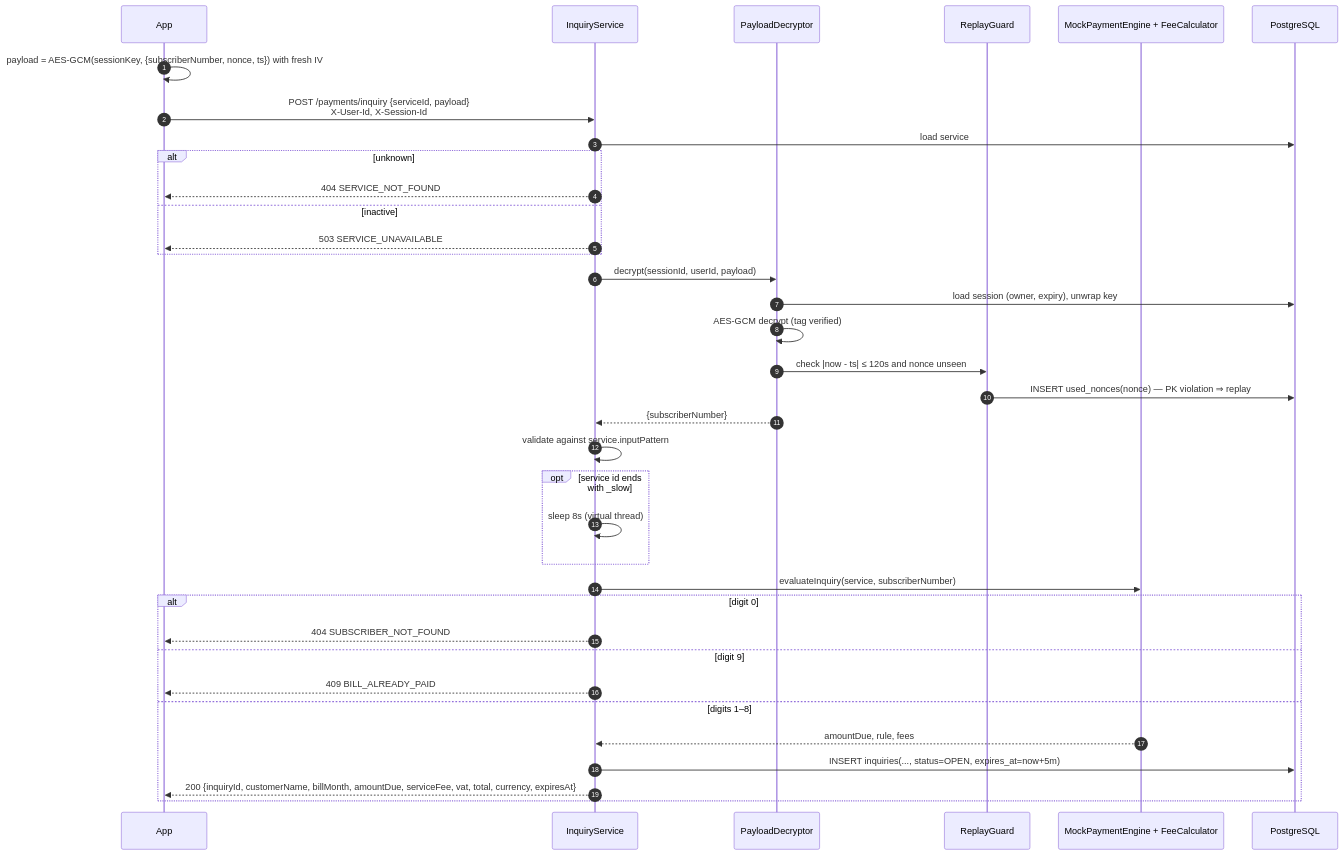
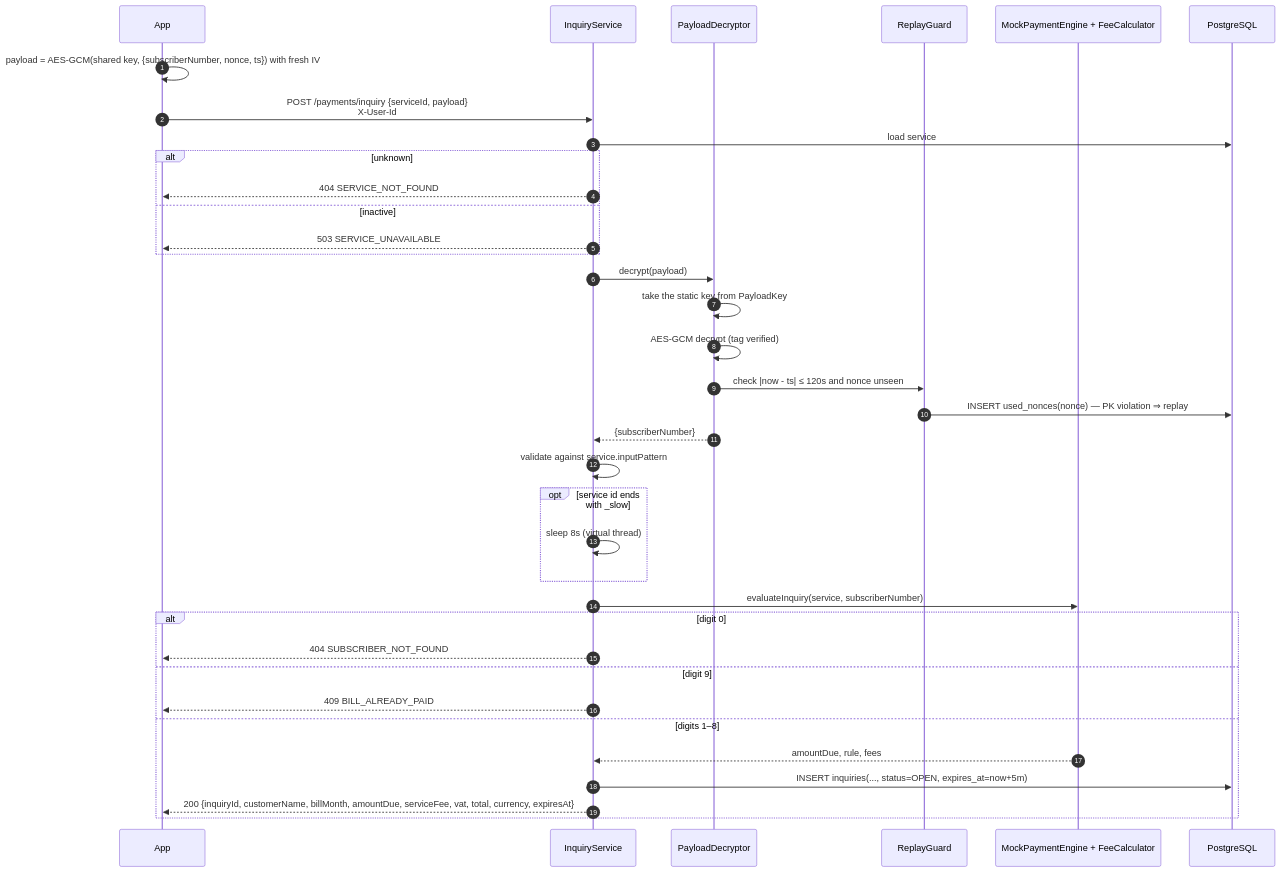
Before and after one commit to M-o-m-e-n/Momkn-pay-backend: the sixth of 10 diagrams in docs/HLD.md, drawn with Mermaid. The commit also changed other lines of this file and 3 other files, not shown here.

````diff
--- a/docs/HLD.md
+++ b/docs/HLD.md
@@ -280,39 +261,39 @@
 ```mermaid
 sequenceDiagram
     autonumber
     participant App
     participant IS as InquiryService
     participant PD as PayloadDecryptor
     participant RG as ReplayGuard
     participant ENG as MockPaymentEngine + FeeCalculator
     participant DB as PostgreSQL
 
-    App->>App: payload = AES-GCM(sessionKey, {subscriberNumber, nonce, ts}) with fresh IV
-    App->>IS: POST /payments/inquiry {serviceId, payload}<br/>X-User-Id, X-Session-Id
+    App->>App: payload = AES-GCM(shared key, {subscriberNumber, nonce, ts}) with fresh IV
+    App->>IS: POST /payments/inquiry {serviceId, payload}<br/>X-User-Id
     IS->>DB: load service
     alt unknown
         IS-->>App: 404 SERVICE_NOT_FOUND
     else inactive
         IS-->>App: 503 SERVICE_UNAVAILABLE
     end
-    IS->>PD: decrypt(sessionId, userId, payload)
-    PD->>DB: load session (owner, expiry), unwrap key
+    IS->>PD: decrypt(payload)
+    PD->>PD: take the static key from PayloadKey
     PD->>PD: AES-GCM decrypt (tag verified)
     PD->>RG: check |now - ts| ≤ 120s and nonce unseen
     RG->>DB: INSERT used_nonces(nonce) — PK violation ⇒ replay
     PD-->>IS: {subscriberNumber}
     IS->>IS: validate against service.inputPattern
     opt service id ends with _slow
         IS->>IS: sleep 8s (virtual thread)
     end
     IS->>ENG: evaluateInquiry(service, subscriberNumber)
     alt digit 0
         IS-->>App: 404 SUBSCRIBER_NOT_FOUND
     else digit 9
         IS-->>App: 409 BILL_ALREADY_PAID
     else digits 1–8
         ENG-->>IS: amountDue, rule, fees
         IS->>DB: INSERT inquiries(..., status=OPEN, expires_at=now+5m)
         IS-->>App: 200 {inquiryId, customerName, billMonth, amountDue, serviceFee, vat, total, currency, expiresAt}
     end
 ```
````
